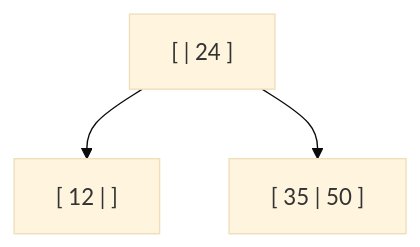
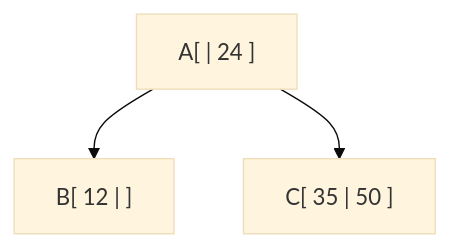
Before and after one commit to IvasiutaM/Algoritmos-II-Consulta: the fifth of 10 diagrams in Unidad 6 Estructuras de Datos no lineales/Árboles2-3.md, drawn with Mermaid (base theme). The commit also changed other lines of this file, not shown here.

````diff
--- a/Unidad 6 Estructuras de Datos no lineales/Árboles2-3.md
+++ b/Unidad 6 Estructuras de Datos no lineales/Árboles2-3.md
@@ -36,9 +36,9 @@
 ```mermaid
 graph TD
-    A["[  | 24 ] "]
-    B["[ 12 |  ]"]
-    C["[ 35 | 50 ]"]
+    A["A[  | 24 ] "]
+    B["B[ 12 |  ]"]
+    C["C[ 35 | 50 ]"]
 
     A --> B
     A --> C
 ```
````
